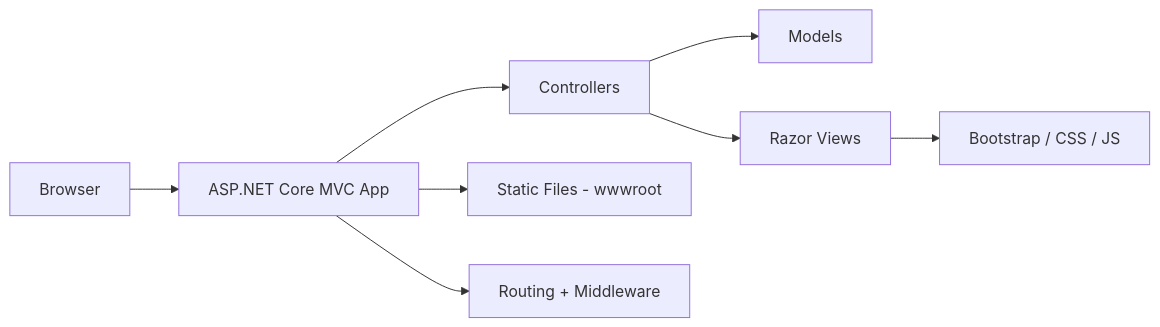
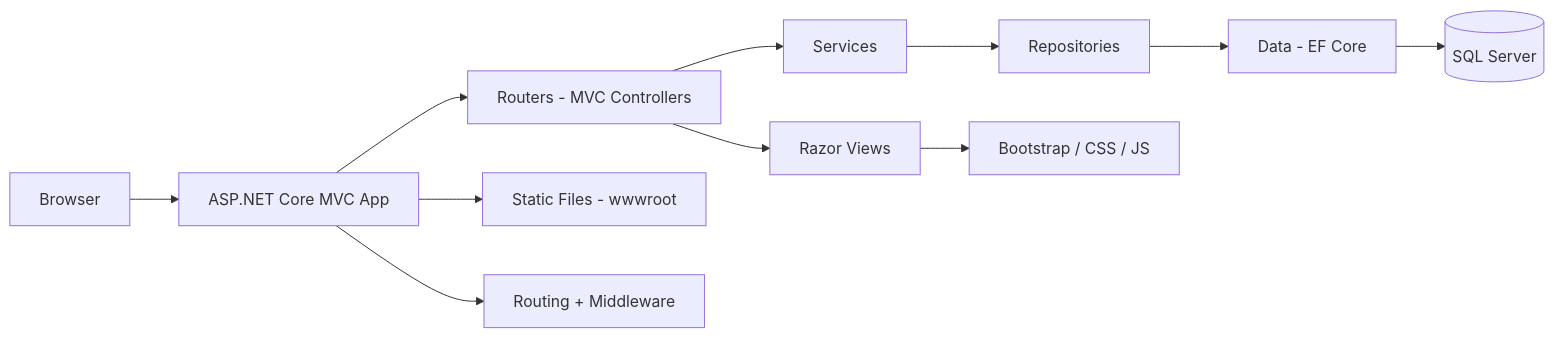
Before and after one commit to SaraCarmona03/VozUniversitaria: the diagram in README.md, drawn with Mermaid. The commit also changed other lines of this file and 39 other files, not shown here.

````diff
--- a/README.md
+++ b/README.md
@@ -89,10 +96,13 @@
 ```mermaid
 flowchart LR
     A[Browser] --> B[ASP.NET Core MVC App]
-    B --> C[Controllers]
-    C --> D[Models]
-    C --> E[Razor Views]
-    E --> F[Bootstrap / CSS / JS]
-    B --> G[Static Files - wwwroot]
-    B --> H[Routing + Middleware]
+    B --> C[Routers - MVC Controllers]
+    C --> D[Services]
+    D --> E[Repositories]
+    E --> F[Data - EF Core]
+    F --> G[(SQL Server)]
+    C --> H[Razor Views]
+    H --> I[Bootstrap / CSS / JS]
+    B --> J[Static Files - wwwroot]
+    B --> K[Routing + Middleware]
 ```
````
